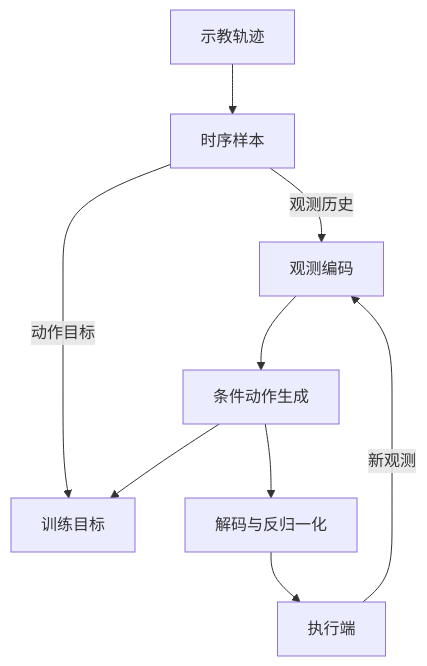
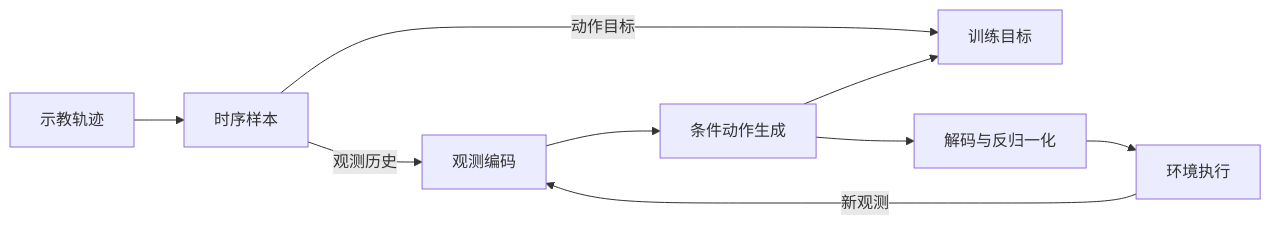
Before and after one commit to haoyangzhanglab/dexmani_policy: the diagram in docs/项目架构.md, drawn with Mermaid. The commit also changed other lines of this file and 8 other files, not shown here.

Commit message:
docs: simplify architecture guides and clarify SSH training workflow

````diff
--- a/docs/项目架构.md
+++ b/docs/项目架构.md
@@ -9,11 +7,11 @@
 ```mermaid
-flowchart TD
+flowchart LR
     D[示教轨迹] --> S[时序样本]
     S -->|观测历史| E[观测编码]
     S -->|动作目标| L[训练目标]
     E --> G[条件动作生成]
     G --> L
     G --> A[解码与反归一化]
-    A --> X[执行端]
+    A --> X[环境执行]
     X -->|新观测| E
 ```
````
